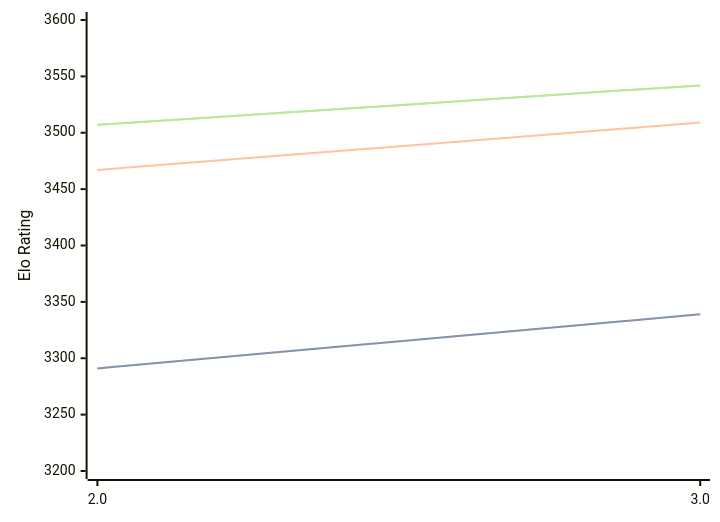
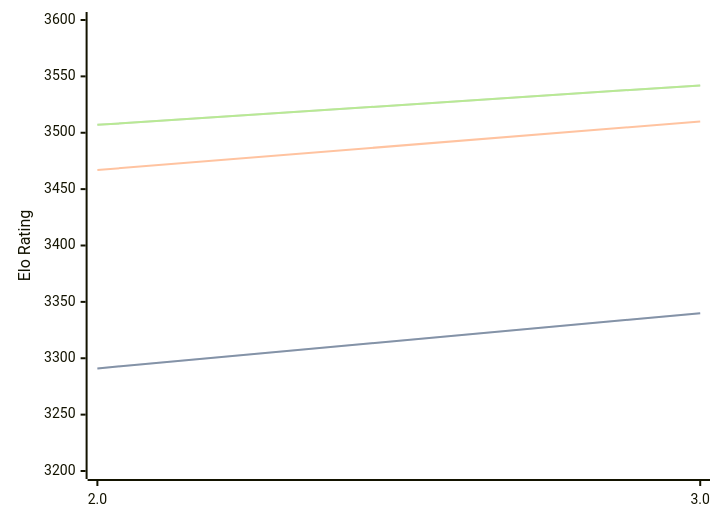
The diagram in engines/Quanticade.md (computer-chess-index/cci), drawn with Mermaid before and after one commit. The commit also changed other lines of this file, not shown here.

````diff
--- a/engines/Quanticade.md
+++ b/engines/Quanticade.md
@@ -32,11 +32,11 @@
 ```mermaid
 %%{init: {"theme":"base","themeVariables":{"seriesColors:['#a3a3a3','#222221','#faa371']}}}%%
 xychart-beta
   x-axis ["2.0", "3.0"]
   y-axis "Elo Rating" 3200 --> 3600
-  line "STC (8.0+0.08s)" [3291, 3339]
-  line "STC (8.0+0.08s)" [3291, 3339]
-  line "LTC (60.0+0.60s)" [3467, 3509]
+  line "STC (8.0+0.08s)" [3291, 3340]
+  line "STC (8.0+0.08s)" [3291, 3340]
+  line "LTC (60.0+0.60s)" [3467, 3510]
   line "VLTC (2m24s+1.12s)" [3507, 3542]
   line "VLTC (2m24s+1.12s)" [3507, 3542]
 ```
````
